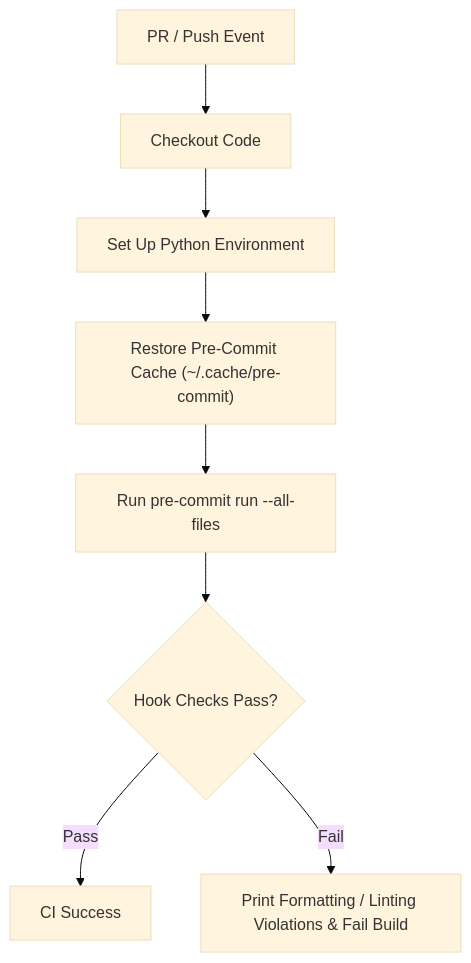
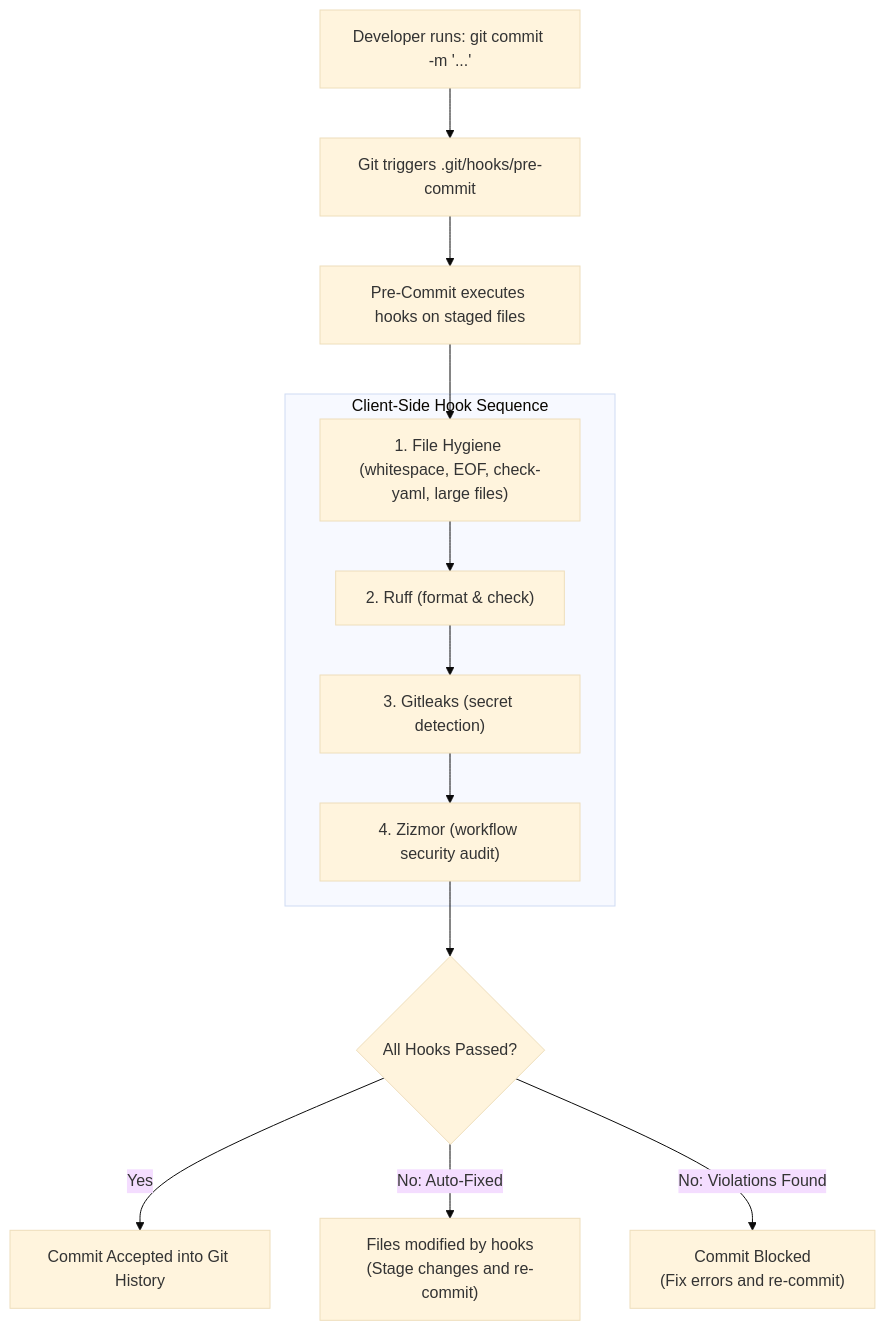
One commit to JuniorThanhBQ/AIJMC-JPRA changed the diagram in docs/SAD/CICD/CICD-005-pre-commit-workflow.md. Above: the diagram before and after it, drawn with Mermaid (base theme). The commit also changed other lines of this file and 10 other files, not shown here.

Commit message:
Documentation: Add six CI/CD workflows document in Software Architectures Document

````diff
--- a/docs/SAD/CICD/CICD-005-pre-commit-workflow.md
+++ b/docs/SAD/CICD/CICD-005-pre-commit-workflow.md
@@ -45,10 +51,19 @@
 ```mermaid
 flowchart TD
-    A["PR / Push Event"] --> B["Checkout Code"]
-    B --> C["Set Up Python Environment"]
-    C --> D["Restore Pre-Commit Cache (~/.cache/pre-commit)"]
-    D --> E["Run pre-commit run --all-files"]
-    E --> F{"Hook Checks Pass?"}
-    F -->|Pass| G["CI Success"]
-    F -->|Fail| H["Print Formatting / Linting Violations & Fail Build"]
+    A["Developer runs: git commit -m '...'"] --> B["Git triggers .git/hooks/pre-commit"]
+    B --> C["Pre-Commit executes hooks on staged files"]
+    
+    subgraph Local_Hooks ["Client-Side Hook Sequence"]
+        H1["1. File Hygiene (whitespace, EOF, check-yaml, large files)"]
+        H2["2. Ruff (format & check)"]
+        H3["3. Gitleaks (secret detection)"]
+        H4["4. Zizmor (workflow security audit)"]
+    end
+    
+    C --> H1 --> H2 --> H3 --> H4
+    
+    H4 --> D{"All Hooks Passed?"}
+    D -->|Yes| E["Commit Accepted into Git History"]
+    D -->|No: Auto-Fixed| F["Files modified by hooks<br/>(Stage changes and re-commit)"]
+    D -->|No: Violations Found| G["Commit Blocked<br/>(Fix errors and re-commit)"]
 ```
````
